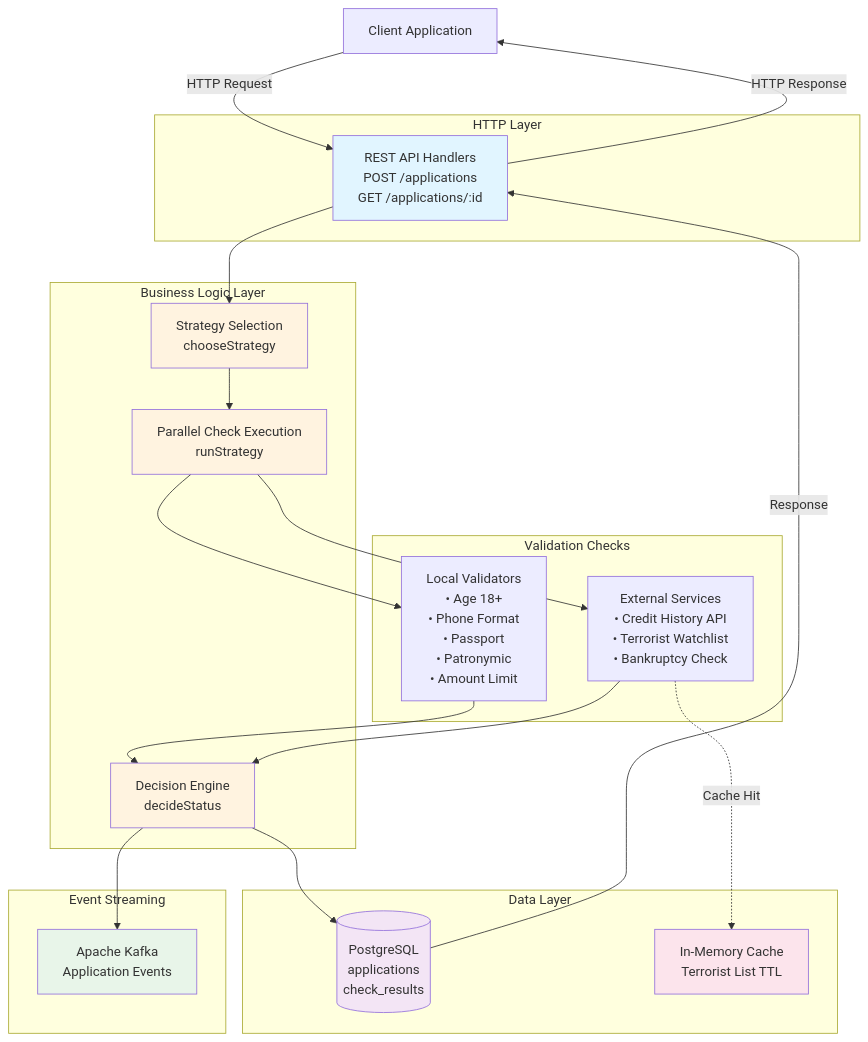
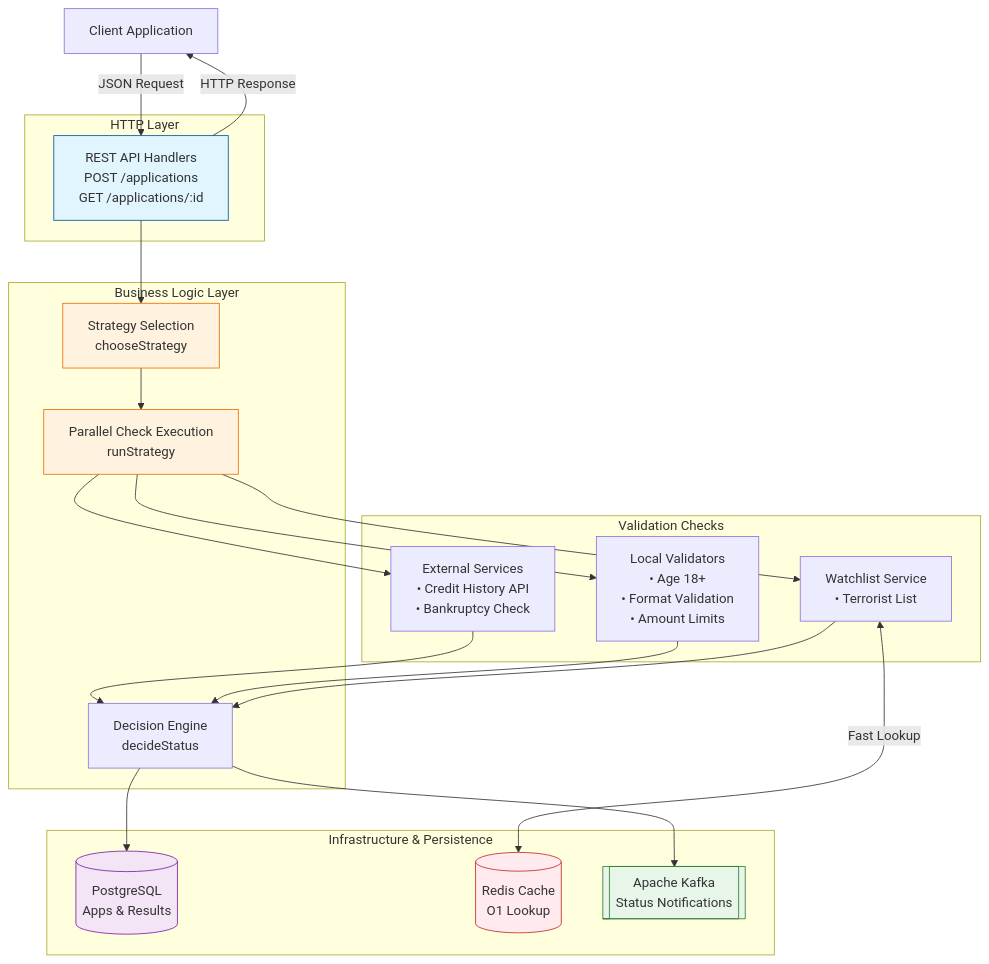
One commit to cassame/creditRiskMvp changed the diagram in README.md. Above: the diagram before and after it, drawn with Mermaid. The commit also changed other lines of this file and 16 other files, not shown here.

Commit message:
feat: complete MVP with Redis caching, Kafka integration, and full Graceful Shutdown

````diff
--- a/README.md
+++ b/README.md
@@ -16,49 +20,49 @@
 ```mermaid
 graph TB
     Client[Client Application]
     
     subgraph "HTTP Layer"
         API[REST API Handlers<br/>POST /applications<br/>GET /applications/:id]
     end
     
     subgraph "Business Logic Layer"
         Strategy[Strategy Selection<br/>chooseStrategy]
         Runner[Parallel Check Execution<br/>runStrategy]
         Decision[Decision Engine<br/>decideStatus]
     end
     
     subgraph "Validation Checks"
-        Local[Local Validators<br/>• Age 18+<br/>• Phone Format<br/>• Passport<br/>• Patronymic<br/>• Amount Limit]
-        External[External Services<br/>• Credit History API<br/>• Terrorist Watchlist<br/>• Bankruptcy Check]
+        Local[Local Validators<br/>• Age 18+<br/>• Format Validation<br/>• Amount Limits]
+        External[External Services<br/>• Credit History API<br/>• Bankruptcy Check]
+        Watchlist[Watchlist Service<br/>• Terrorist List]
     end
     
-    subgraph "Data Layer"
-        DB[(PostgreSQL<br/>applications<br/>check_results)]
-        Cache[In-Memory Cache<br/>Terrorist List TTL]
+    subgraph "Infrastructure & Persistence"
+        DB[(PostgreSQL<br/>Apps & Results)]
+        Redis[(Redis Cache<br/>O1 Lookup)]
+        Kafka[[Apache Kafka<br/>Status Notifications]]
     end
     
-    subgraph "Event Streaming"
-        Kafka[Apache Kafka<br/>Application Events]
-    end
-    
-    Client -->|HTTP Request| API
+    Client -->|JSON Request| API
     API --> Strategy
     Strategy --> Runner
     Runner --> Local
     Runner --> External
-    External -.->|Cache Hit| Cache
+    Runner --> Watchlist
+    
+    Watchlist <-->|Fast Lookup| Redis
+    External --> Decision
     Local --> Decision
-    External --> Decision
+    Watchlist --> Decision
+    
     Decision --> DB
     Decision --> Kafka
-    DB -->|Response| API
     API -->|HTTP Response| Client
     
-    style API fill:#e1f5ff
-    style Strategy fill:#fff3e0
-    style Runner fill:#fff3e0
-    style Decision fill:#fff3e0
-    style DB fill:#f3e5f5
-    style Kafka fill:#e8f5e9
-    style Cache fill:#fce4ec
+    style API fill:#e1f5ff,stroke:#01579b
+    style Strategy fill:#fff3e0,stroke:#ef6c00
+    style Runner fill:#fff3e0,stroke:#ef6c00
+    style DB fill:#f3e5f5,stroke:#7b1fa2
+    style Kafka fill:#e8f5e9,stroke:#2e7d32
+    style Redis fill:#ffebee,stroke:#c62828
 ```
````
